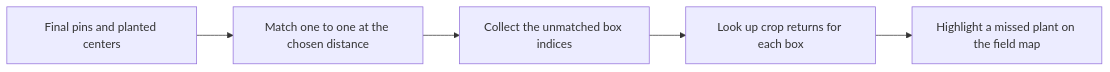
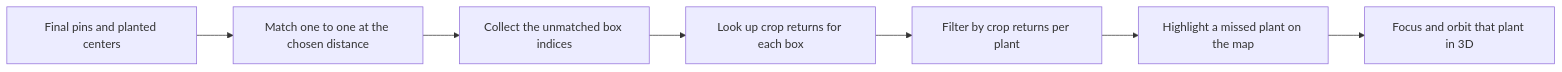
Before and after one commit to mvalancy/crop-trainer: the eighth of 14 diagrams in README.md, drawn with Mermaid. The commit also changed other lines of this file and 12 other files, not shown here.

Commit message:
Inspect missed crops by return count and orbit individual plants

````diff
--- a/README.md
+++ b/README.md
@@ -231,7 +231,9 @@
 ```mermaid
 flowchart LR
   P[Final pins and planted centers] --> M[Match one to one at the chosen distance]
   M --> U[Collect the unmatched box indices]
   U --> C[Look up crop returns for each box]
-  C --> H[Highlight a missed plant on the field map]
+  C --> B[Filter by crop returns per plant]
+  B --> H[Highlight a missed plant on the map]
+  H --> V[Focus and orbit that plant in 3D]
 ```
````
